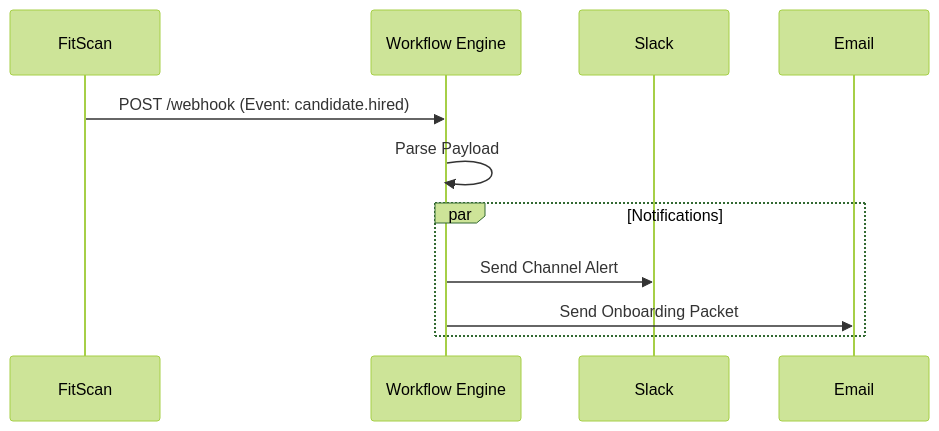
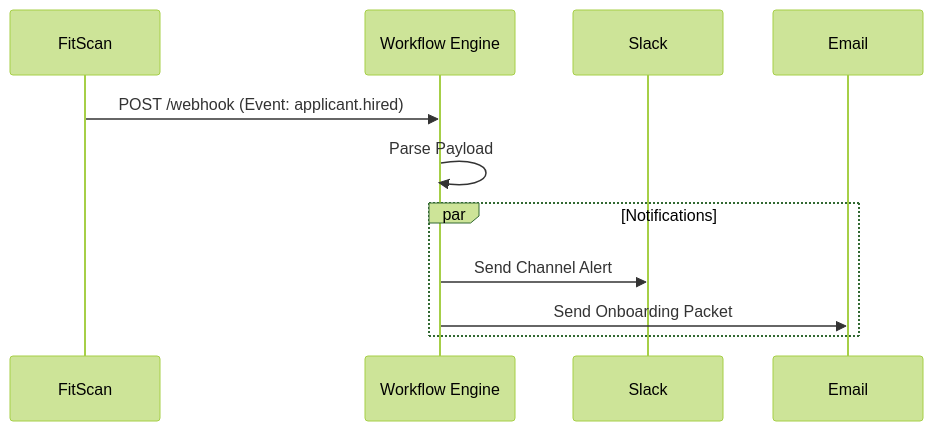
The diagram in docs/manuals/tech/Integrations.md (poojaroonwit/studio), drawn with Mermaid (forest theme) before and after one commit. The commit also changed other lines of this file and 374 other files, not shown here.

Commit message:
Refactor: Rename candidate to applicant terminology and update related components

````diff
--- a/docs/manuals/tech/Integrations.md
+++ b/docs/manuals/tech/Integrations.md
@@ -25,14 +25,14 @@
 ```mermaid
 sequenceDiagram
     participant FitScan
     participant N8N as Workflow Engine
     participant Slack
     participant Email
 
-    FitScan->>N8N: POST /webhook (Event: candidate.hired)
+    FitScan->>N8N: POST /webhook (Event: applicant.hired)
     N8N->>N8N: Parse Payload
     par Notifications
         N8N->>Slack: Send Channel Alert
         N8N->>Email: Send Onboarding Packet
     end
 ```
````
